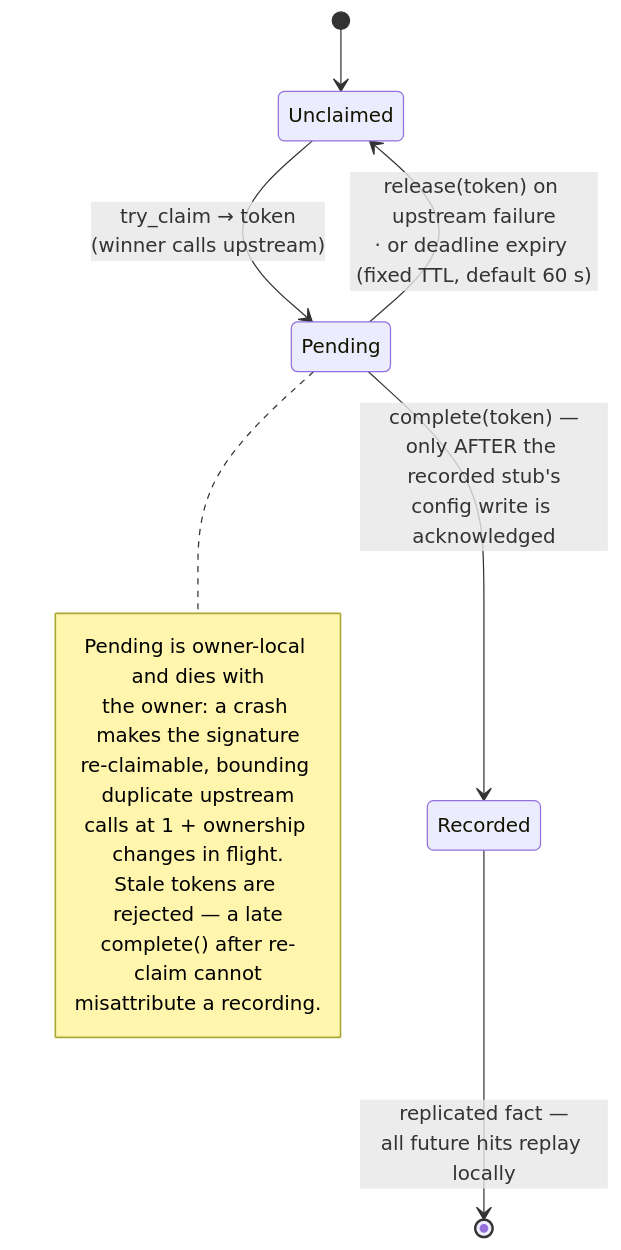
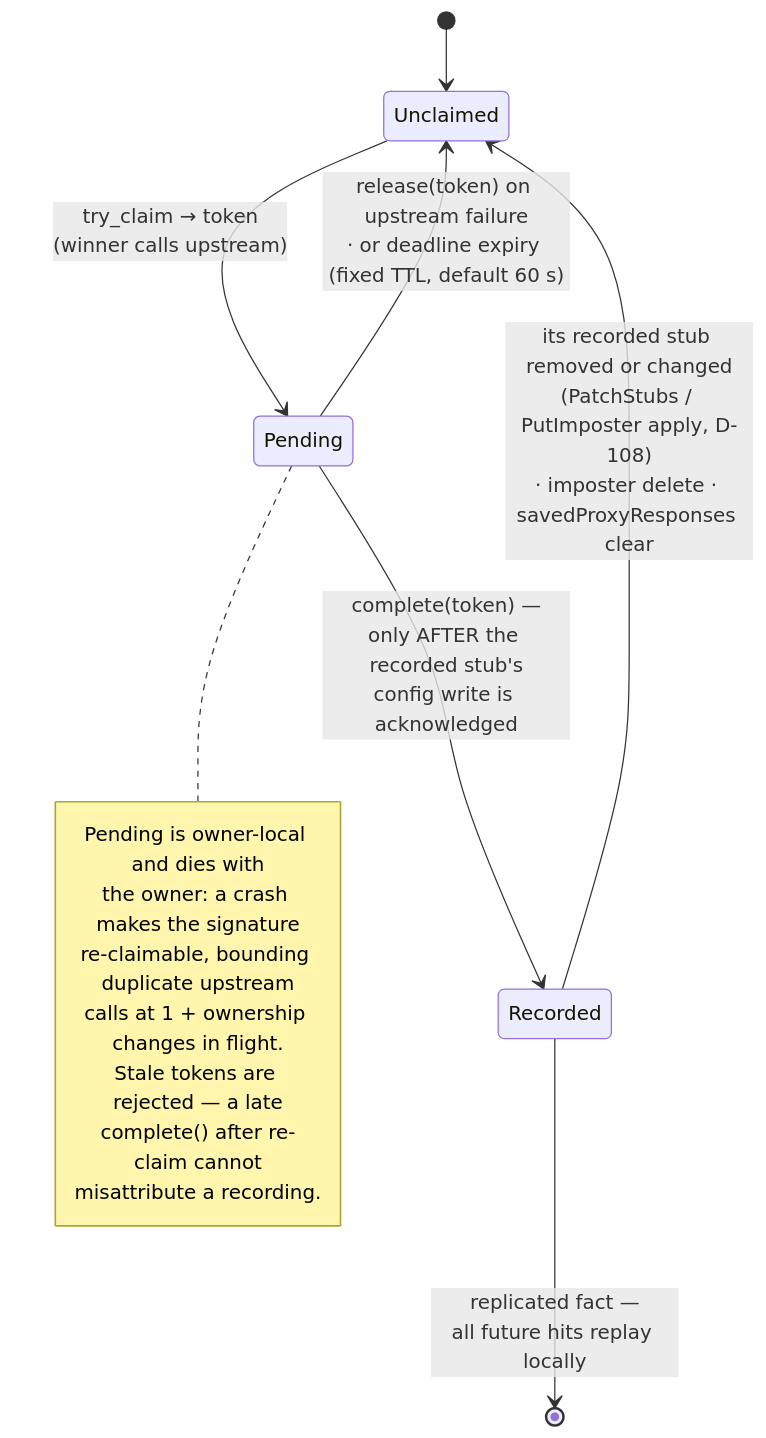
One commit to achird-labs/rift-cluster changed the third of 3 diagrams in docs/architecture/06-flow-state.md. Above: the diagram before and after it, drawn with Mermaid. The commit also changed 7 other files, not shown here.

First line of the commit message:
fix(proxy): a recorded proxyOnce marker lives as long as its recorded stub (D-108) (#737)

````diff
--- a/docs/architecture/06-flow-state.md
+++ b/docs/architecture/06-flow-state.md
@@ -338,18 +338,19 @@
 ```mermaid
 stateDiagram-v2
     [*] --> Unclaimed
     Unclaimed --> Pending : try_claim → token<br/>(winner calls upstream)
     Pending --> Recorded : complete(token) —<br/>only AFTER the recorded stub's<br/>config write is acknowledged
     Pending --> Unclaimed : release(token) on upstream failure<br/>· or deadline expiry (fixed TTL, default 60 s)
     Recorded --> [*] : replicated fact —<br/>all future hits replay locally
+    Recorded --> Unclaimed : its recorded stub removed or changed<br/>(PatchStubs / PutImposter apply, D-108)<br/>· imposter delete · savedProxyResponses clear
 
     note right of Pending
         Pending is owner-local and dies with
         the owner: a crash makes the signature
         re-claimable, bounding duplicate upstream
         calls at 1 + ownership changes in flight.
         Stale tokens are rejected — a late
         complete() after re-claim cannot
         misattribute a recording.
     end note
 ```
````
